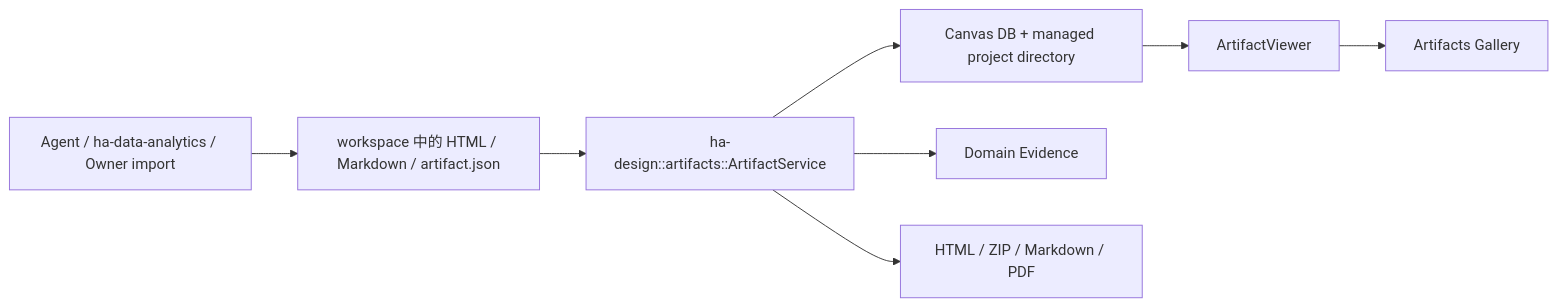
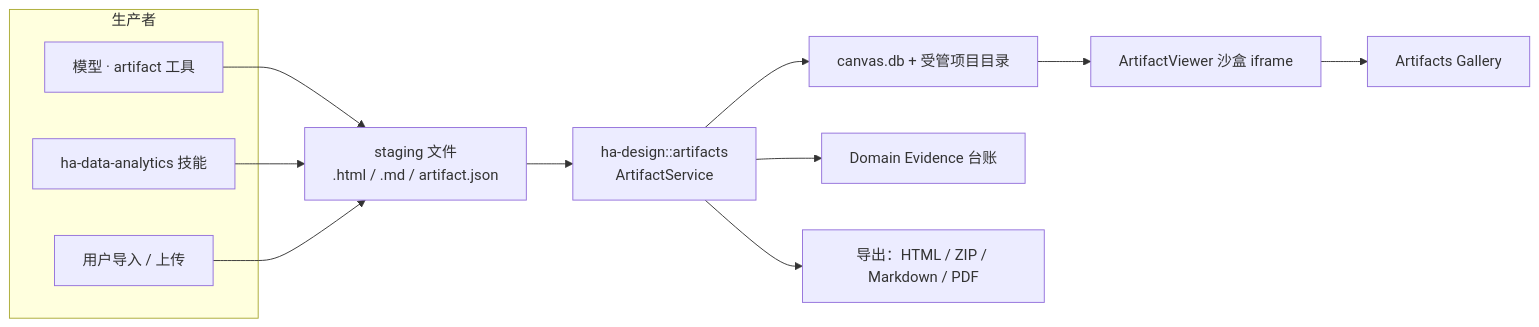
One commit to shiwenwen/hope-agent changed the first of 4 diagrams in docs/architecture/artifacts.md. Above: the diagram before and after it, drawn with Mermaid. The commit also changed other lines of this file and 11 other files, not shown here.

First line of the commit message:
🦭docs: 第四批 12 篇按新标准重做（local-model-loading/context-compact/automation-model/artifacts/agent-config/plan-mode/hooks/goal/knowledge-base/agent-team/subagent/domain-workflow）

````diff
--- a/docs/architecture/artifacts.md
+++ b/docs/architecture/artifacts.md
@@ -13,18 +21,25 @@
 ```mermaid
 flowchart LR
-    Producer["Agent / ha-data-analytics / Owner import"]
-    File["workspace 中的 HTML / Markdown / artifact.json"]
-    Service["ha-design::artifacts::ArtifactService"]
-    Canvas["Canvas DB + managed project directory"]
-    Evidence["Domain Evidence"]
-    Viewer["ArtifactViewer"]
+    subgraph Producers["生产者"]
+        Agent["模型 · artifact 工具"]
+        Skill["ha-data-analytics 技能"]
+        Owner["用户导入 / 上传"]
+    end
+    File["staging 文件<br/>.html / .md / artifact.json"]
+    Service["ha-design::artifacts<br/>ArtifactService"]
+    Store["canvas.db + 受管项目目录"]
+    Evidence["Domain Evidence 台账"]
+    Viewer["ArtifactViewer 沙盒 iframe"]
     Gallery["Artifacts Gallery"]
-    Export["HTML / ZIP / Markdown / PDF"]
+    Export["导出：HTML / ZIP / Markdown / PDF"]
 
-    Producer --> File --> Service
-    Service --> Canvas
+    Agent --> File
+    Skill --> File
+    Owner --> File
+    File --> Service
+    Service --> Store
     Service --> Evidence
-    Canvas --> Viewer
+    Store --> Viewer
     Viewer --> Gallery
     Service --> Export
 ```
````
